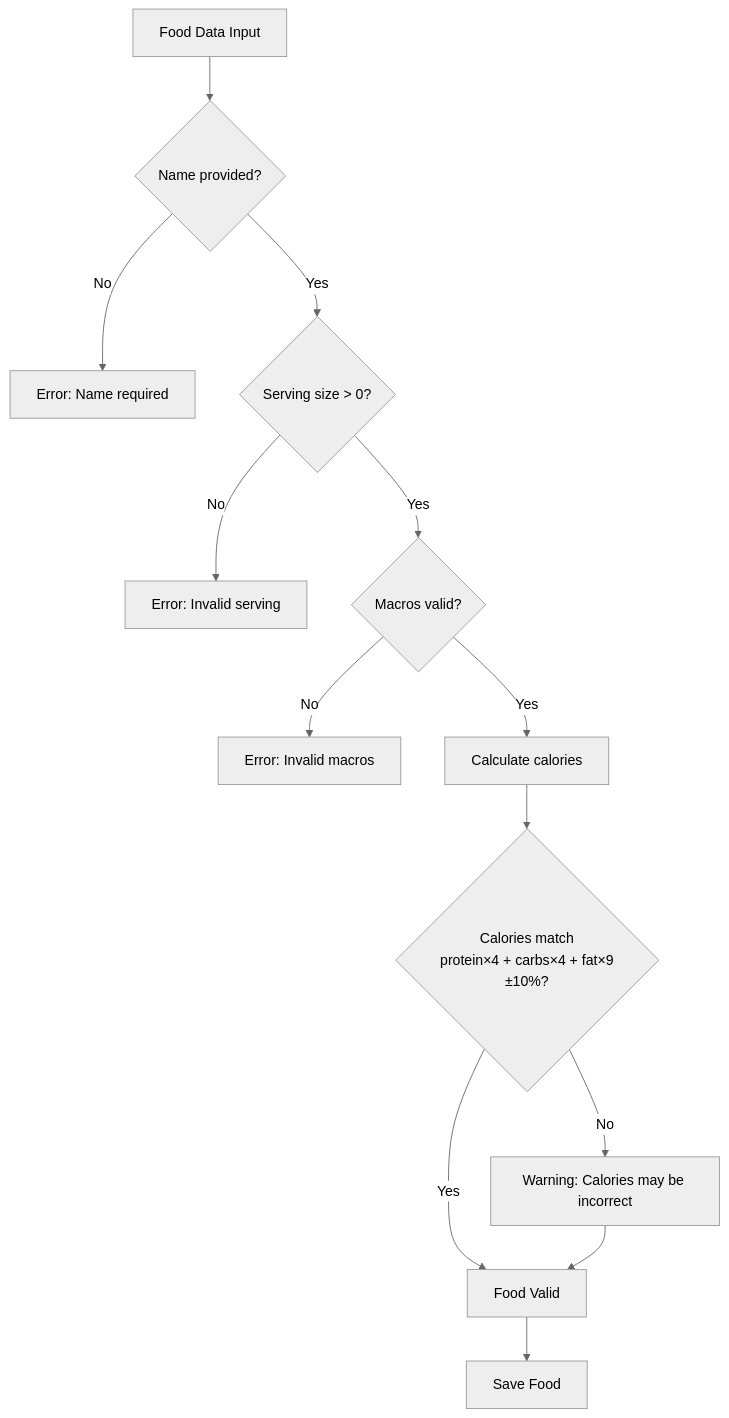
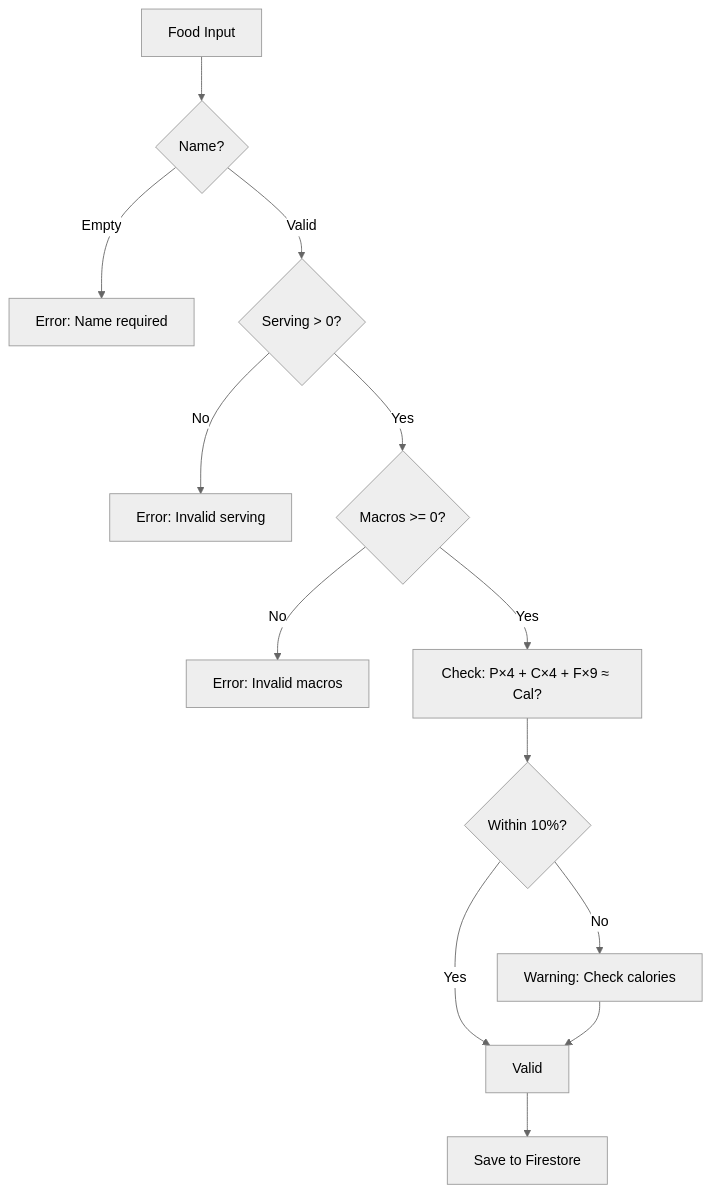
Before and after one commit to TimothyYao/meal-planning: diagram 12 of 26 in doc/recipes-design.md, drawn with Mermaid (neutral theme). The commit also changed other lines of this file, not shown here.

First line of the commit message:
Update recipes design for Firestore with repository pattern

````diff
--- a/doc/recipes-design.md
+++ b/doc/recipes-design.md
@@ -178,20 +418,19 @@
 ```mermaid
 flowchart TD
-    Start["Food Data Input"] --> CheckName{"Name provided?"}
-    CheckName -->|No| ErrorName["Error: Name required"]
-    CheckName -->|Yes| CheckServing{"Serving size > 0?"}
+    Start["Food Input"] --> ValidateName{"Name?"}
+    ValidateName -->|Empty| ErrName["Error: Name required"]
+    ValidateName -->|Valid| ValidateServing{"Serving > 0?"}
     
-    CheckServing -->|No| ErrorServing["Error: Invalid serving"]
-    CheckServing -->|Yes| CheckMacros{"Macros valid?"}
+    ValidateServing -->|No| ErrServing["Error: Invalid serving"]
+    ValidateServing -->|Yes| ValidateMacros{"Macros >= 0?"}
     
-    CheckMacros -->|No| ErrorMacros["Error: Invalid macros"]
-    CheckMacros -->|Yes| CalcCalories["Calculate calories"]
+    ValidateMacros -->|No| ErrMacros["Error: Invalid macros"]
+    ValidateMacros -->|Yes| CalcCheck["Check: P×4 + C×4 + F×9 ≈ Cal?"]
     
-    CalcCalories --> ValidateCalories{"Calories match<br/>protein×4 + carbs×4 + fat×9<br/>±10%?"}
+    CalcCheck --> CalcMatch{"Within 10%?"}
+    CalcMatch -->|No| WarnCal["Warning: Check calories"]
+    CalcMatch -->|Yes| Valid["Valid"]
+    WarnCal --> Valid
     
-    ValidateCalories -->|No| WarnCalories["Warning: Calories may be incorrect"]
-    ValidateCalories -->|Yes| Success["Food Valid"]
-    WarnCalories --> Success
-    
-    Success --> Save["Save Food"]
+    Valid --> Save["Save to Firestore"]
 ```
````
